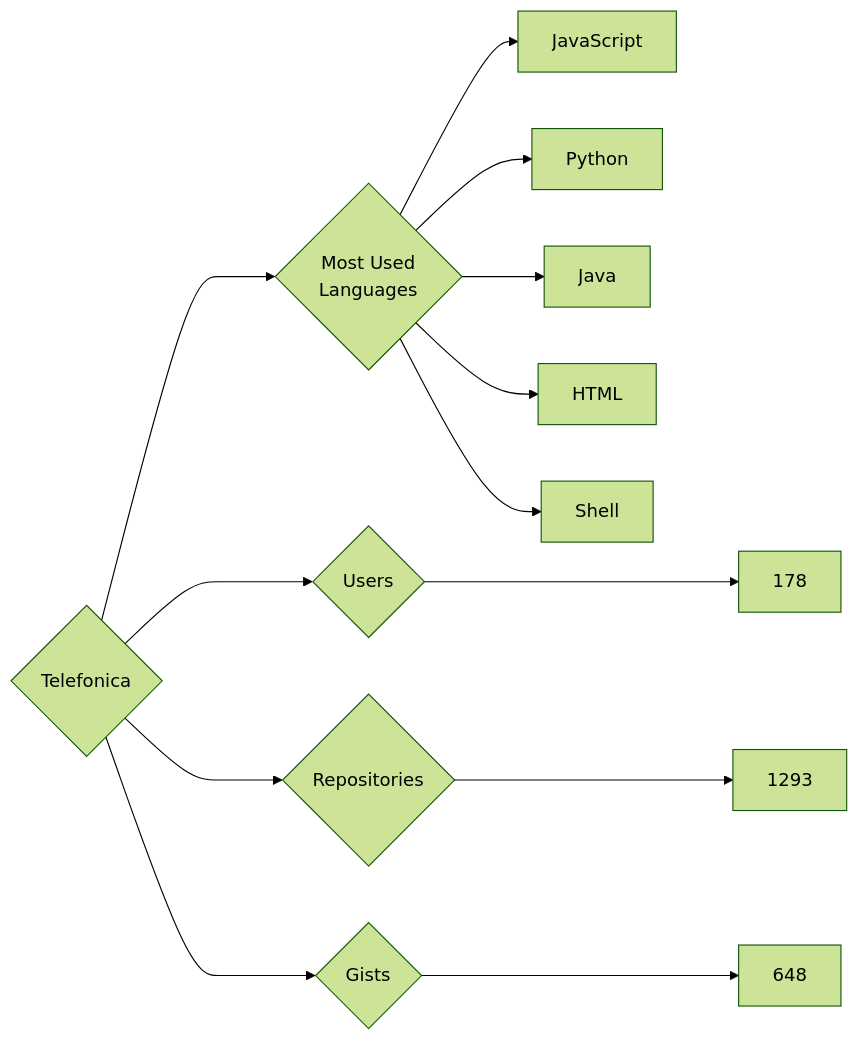
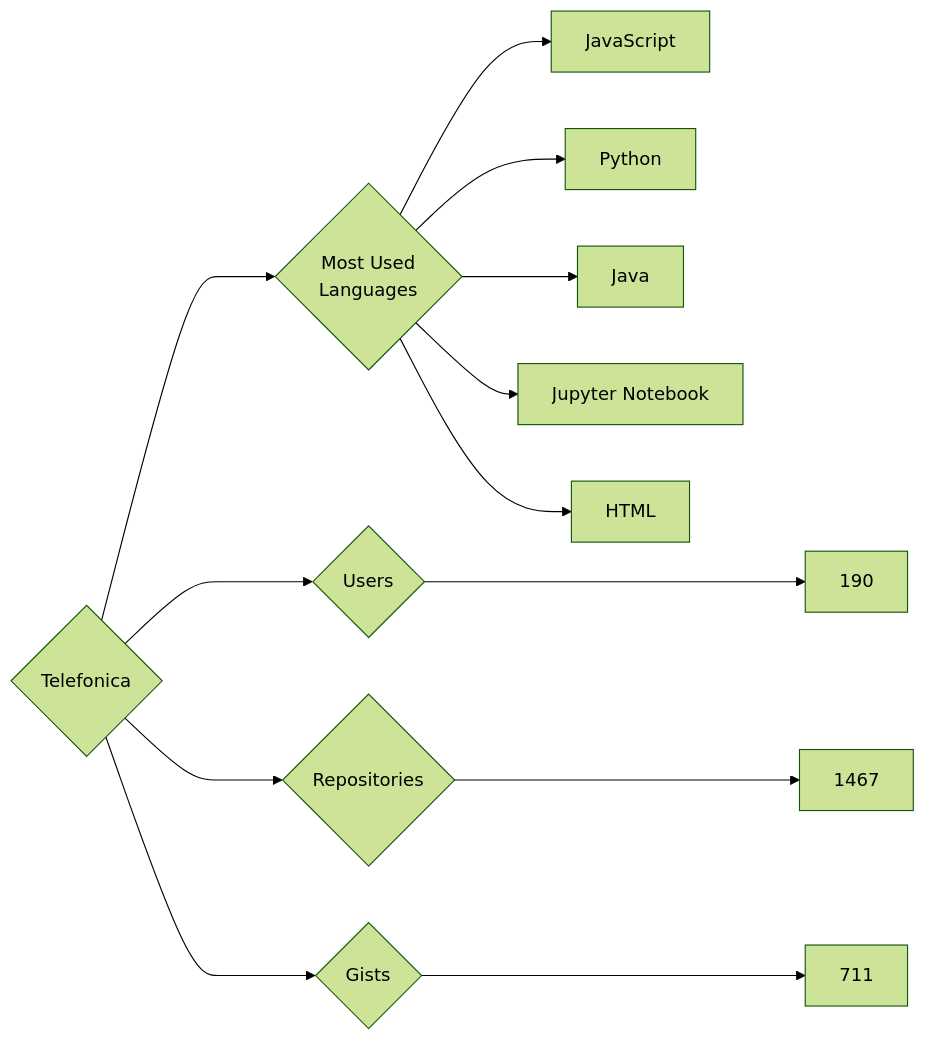
The diagram in targets/Telefonica/README.md (trickest/insiders), drawn with Mermaid (forest theme) before and after one commit. The commit also changed 1011 other files, not shown here.

````diff
--- a/targets/Telefonica/README.md
+++ b/targets/Telefonica/README.md
@@ -3,13 +3,13 @@
 ```mermaid
 graph LR
 COMPANY_NAME{Telefonica}
-COMPANY_NAME ---> U{Users} ---> UN[178]
-COMPANY_NAME ---> R{Repositories} ---> RN[1293]
-COMPANY_NAME ---> G{Gists} ---> GN[648]
+COMPANY_NAME ---> U{Users} ---> UN[190]
+COMPANY_NAME ---> R{Repositories} ---> RN[1467]
+COMPANY_NAME ---> G{Gists} ---> GN[711]
 COMPANY_NAME ---> ML{Most Used<br>Languages}
 ML --> JavaScript[JavaScript]
 ML --> Python[Python]
 ML --> Java[Java]
+ML --> Jupyter_Notebook[Jupyter Notebook]
 ML --> HTML[HTML]
-ML --> Shell[Shell]
 ```
````
